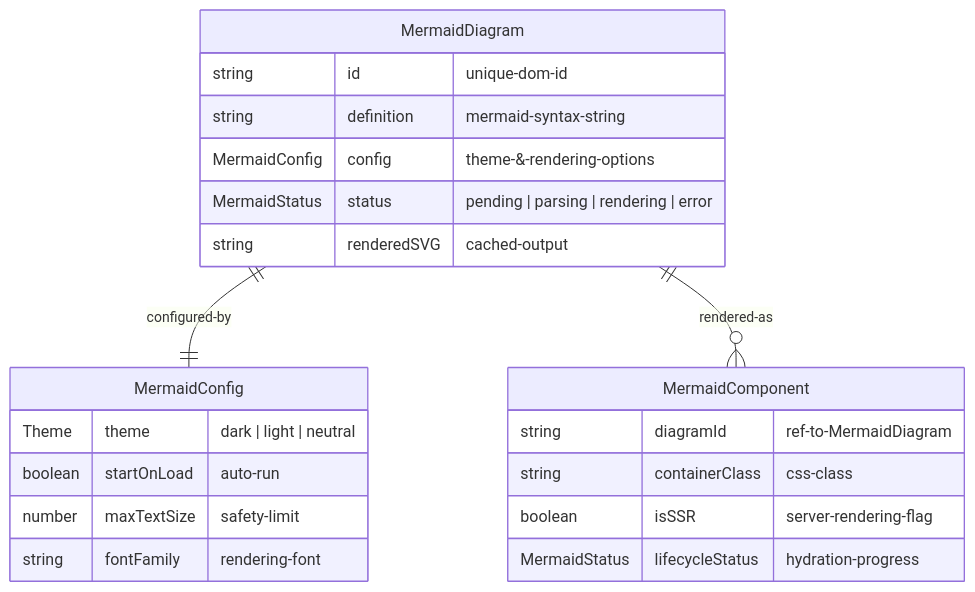
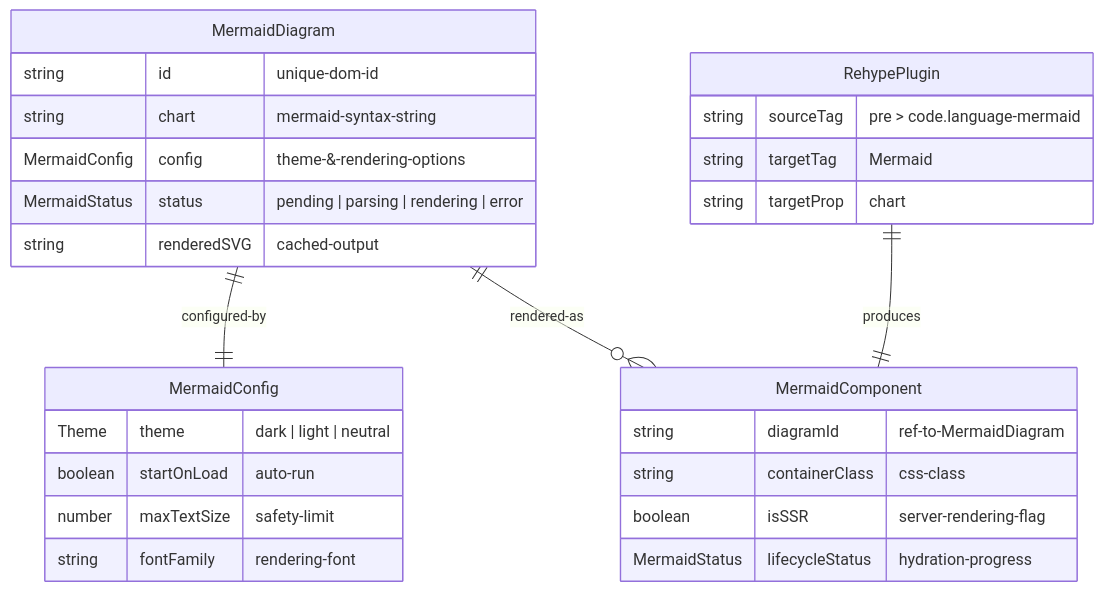
Before and after one commit to DocuBook/docubook: the first of 3 diagrams in packages/mdx-content/mermaid/mermaid-mdx-integration-tech-design.md, drawn with Mermaid. The commit also changed other lines of this file and 2 other files, not shown here.

````diff
--- a/packages/mdx-content/mermaid/mermaid-mdx-integration-tech-design.md
+++ b/packages/mdx-content/mermaid/mermaid-mdx-integration-tech-design.md
@@ -71,27 +76,34 @@
 ```mermaid
 erDiagram
     MermaidDiagram {
         string id "unique-dom-id"
-        string definition "mermaid-syntax-string"
+        string chart "mermaid-syntax-string"
         MermaidConfig config "theme-&-rendering-options"
         MermaidStatus status "pending | parsing | rendering | error"
         string renderedSVG "cached-output"
     }
 
     MermaidConfig {
         Theme theme "dark | light | neutral"
         boolean startOnLoad "auto-run"
         number maxTextSize "safety-limit"
         string fontFamily "rendering-font"
     }
 
     MermaidComponent {
         string diagramId "ref-to-MermaidDiagram"
         string containerClass "css-class"
         boolean isSSR "server-rendering-flag"
         MermaidStatus lifecycleStatus "hydration-progress"
     }
 
+    RehypePlugin {
+        string sourceTag "pre > code.language-mermaid"
+        string targetTag "Mermaid"
+        string targetProp "chart"
+    }
+
     MermaidDiagram ||--|| MermaidConfig : "configured-by"
     MermaidDiagram ||--o{ MermaidComponent : "rendered-as"
+    RehypePlugin ||--|| MermaidComponent : "produces"
 ```
````
